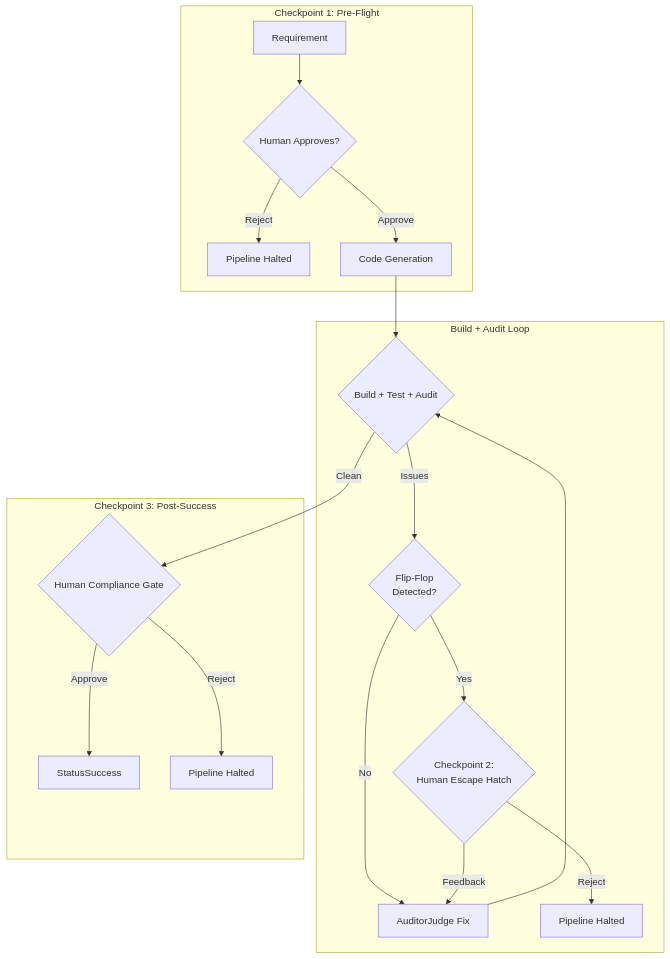
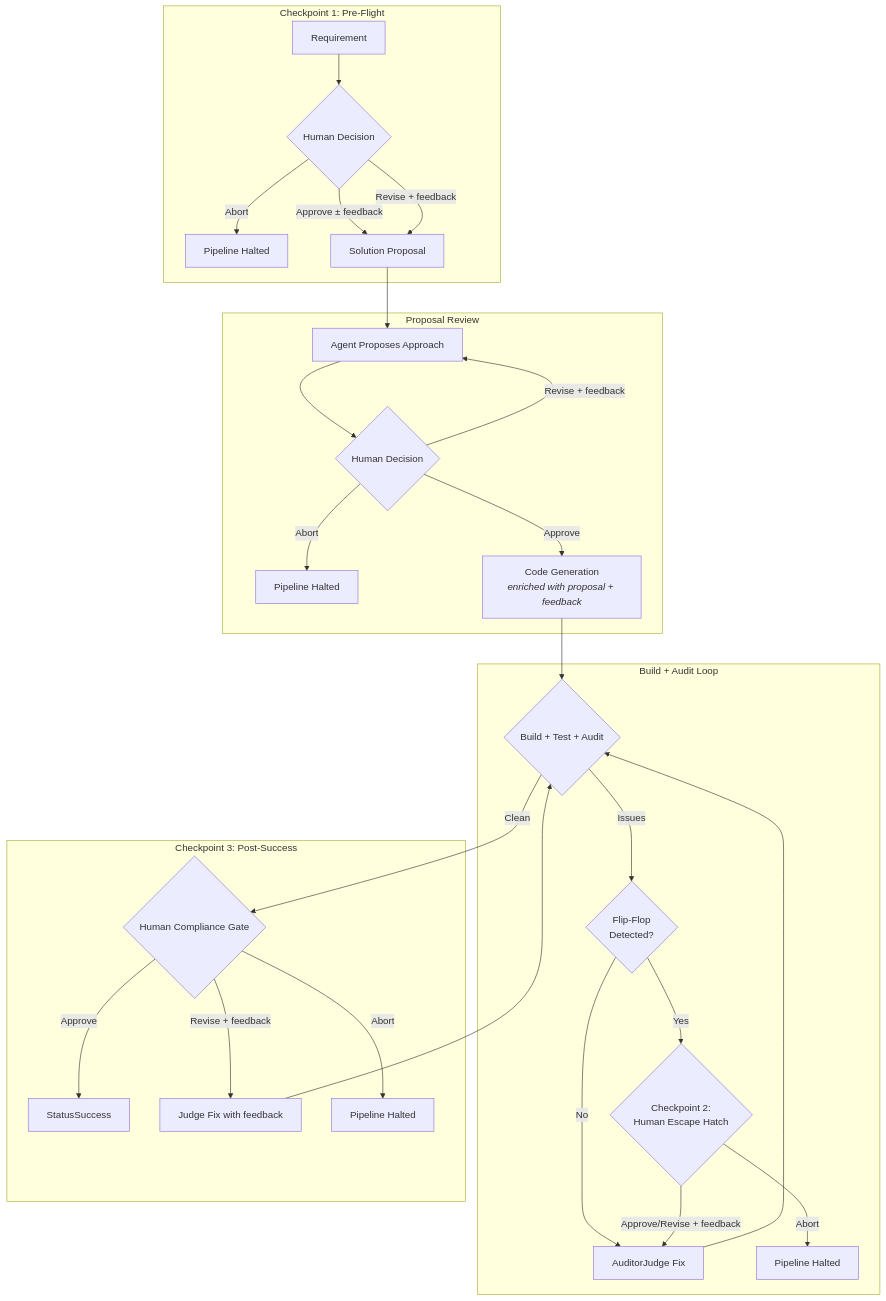
Before and after one commit to kikihakiem/playground: the third of 8 diagrams in langchain/README.md, drawn with Mermaid. The commit also changed other lines of this file and 12 other files, not shown here.

````diff
--- a/langchain/README.md
+++ b/langchain/README.md
@@ -65,24 +65,35 @@
 ```mermaid
 flowchart TD
     subgraph "Checkpoint 1: Pre-Flight"
-        REQ[Requirement] --> REVIEW1{Human Approves?}
-        REVIEW1 -->|Reject| HALT1[Pipeline Halted]
-        REVIEW1 -->|Approve| GEN[Code Generation]
+        REQ[Requirement] --> REVIEW1{Human Decision}
+        REVIEW1 -->|Abort| HALT1[Pipeline Halted]
+        REVIEW1 -->|Approve ± feedback| PROP[Solution Proposal]
+        REVIEW1 -->|Revise + feedback| PROP
+    end
+
+    subgraph "Proposal Review"
+        PROP --> AGENT_PROP[Agent Proposes Approach]
+        AGENT_PROP --> REVIEW_P{Human Decision}
+        REVIEW_P -->|Abort| HALT_P[Pipeline Halted]
+        REVIEW_P -->|Revise + feedback| AGENT_PROP
+        REVIEW_P -->|Approve| GEN[Code Generation<br/><i>enriched with proposal + feedback</i>]
     end
 
     subgraph "Build + Audit Loop"
         GEN --> BUILD{Build + Test + Audit}
         BUILD -->|Issues| FLIP{Flip-Flop<br/>Detected?}
         FLIP -->|No| JUDGE[AuditorJudge Fix]
         JUDGE --> BUILD
         FLIP -->|Yes| REVIEW2{"Checkpoint 2:<br/>Human Escape Hatch"}
-        REVIEW2 -->|Feedback| JUDGE
-        REVIEW2 -->|Reject| HALT2[Pipeline Halted]
+        REVIEW2 -->|Approve/Revise + feedback| JUDGE
+        REVIEW2 -->|Abort| HALT2[Pipeline Halted]
     end
 
     subgraph "Checkpoint 3: Post-Success"
         BUILD -->|Clean| REVIEW3{Human Compliance Gate}
         REVIEW3 -->|Approve| SUCCESS[StatusSuccess]
-        REVIEW3 -->|Reject| HALT3[Pipeline Halted]
+        REVIEW3 -->|Revise + feedback| JUDGE_REV[Judge Fix with feedback]
+        JUDGE_REV --> BUILD
+        REVIEW3 -->|Abort| HALT3[Pipeline Halted]
     end
 ```
````
